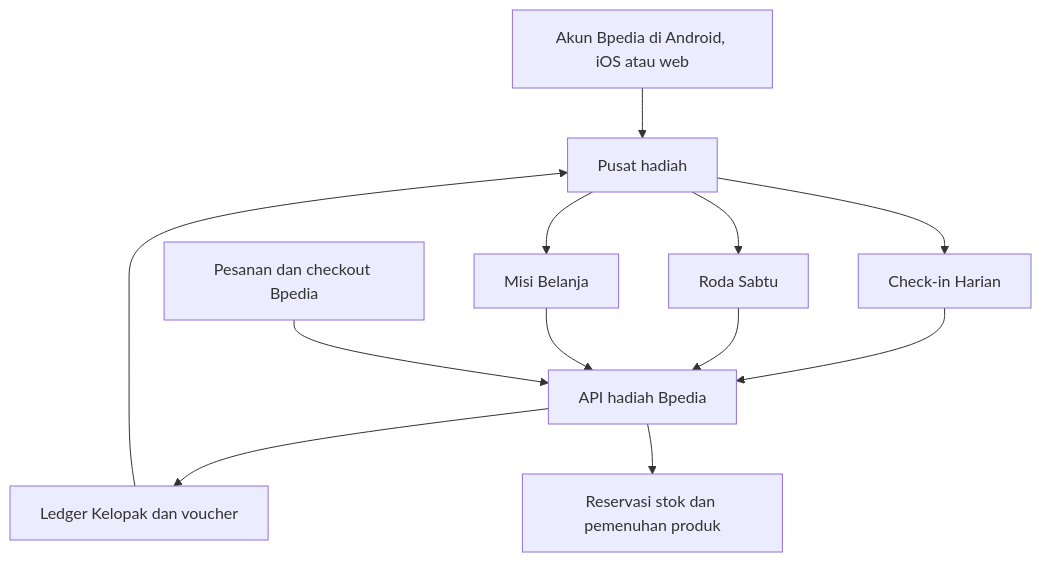
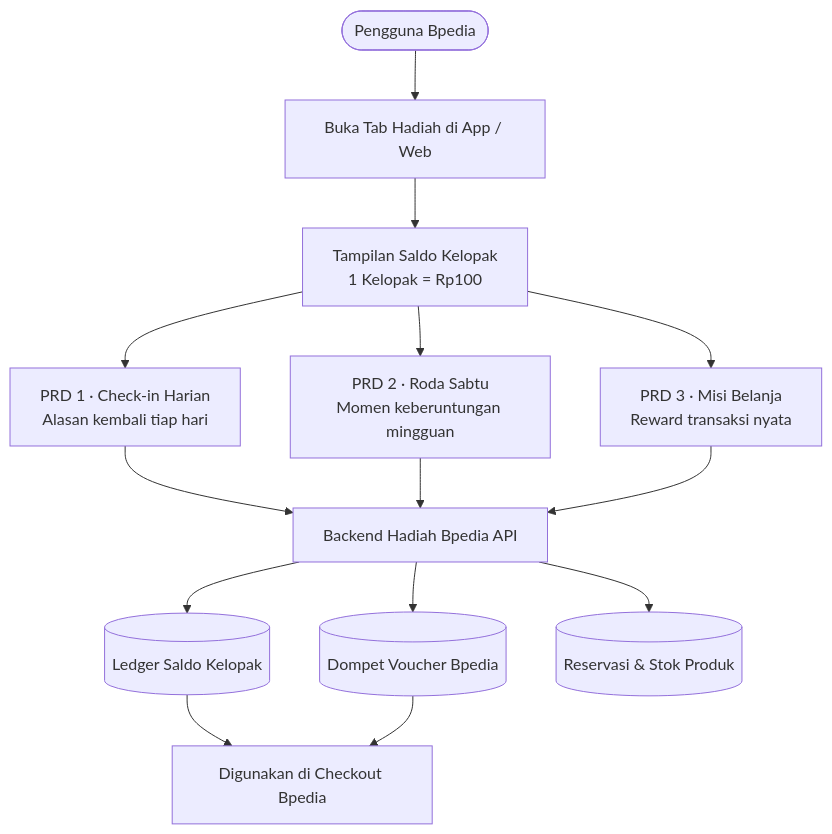
The first of 2 diagrams in GAMBARAN.md (yusufmuh/bpedia-kelopak-hub), drawn with Mermaid before and after one commit. The commit also changed other lines of this file and 11 other files, not shown here.

Commit message:
feat(hub): unified Flutter shell, PRD v1.0, memory, gambaran, handoff, server router, and widget test

````diff
--- a/GAMBARAN.md
+++ b/GAMBARAN.md
@@ -11,14 +13,20 @@
 ```mermaid
 flowchart TD
-    A[Akun Bpedia di Android, iOS atau web] --> H[Pusat hadiah]
-    H --> D[Check-in Harian]
-    H --> R[Roda Sabtu]
-    H --> M[Misi Belanja]
-    D --> S[API hadiah Bpedia]
-    R --> S
-    M --> S
-    O[Pesanan dan checkout Bpedia] --> S
-    S --> L[Ledger Kelopak dan voucher]
-    S --> F[Reservasi stok dan pemenuhan produk]
-    L --> H
+    User([Pengguna Bpedia]) --> Entry[Buka Tab Hadiah di App / Web]
+    Entry --> Wallet[Tampilan Saldo Kelopak\n1 Kelopak = Rp100]
+    
+    Wallet --> Mod1[PRD 1 · Check-in Harian\nAlasan kembali tiap hari]
+    Wallet --> Mod2[PRD 2 · Roda Sabtu\nMomen keberuntungan mingguan]
+    Wallet --> Mod3[PRD 3 · Misi Belanja\nReward transaksi nyata]
+    
+    Mod1 --> StateServer[Backend Hadiah Bpedia API]
+    Mod2 --> StateServer
+    Mod3 --> StateServer
+    
+    StateServer --> Ledger[(Ledger Saldo Kelopak)]
+    StateServer --> VoucherStore[(Dompet Voucher Bpedia)]
+    StateServer --> ProductClaim[(Reservasi & Stok Produk)]
+    
+    Ledger --> Checkout[Digunakan di Checkout Bpedia]
+    VoucherStore --> Checkout
 ```
````
